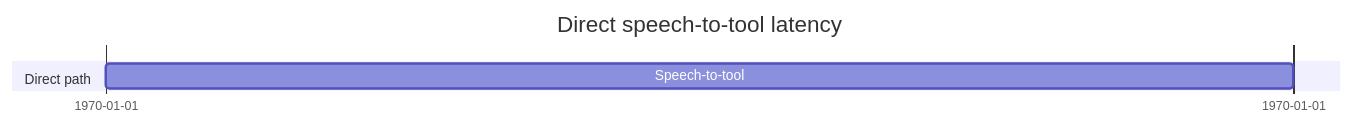
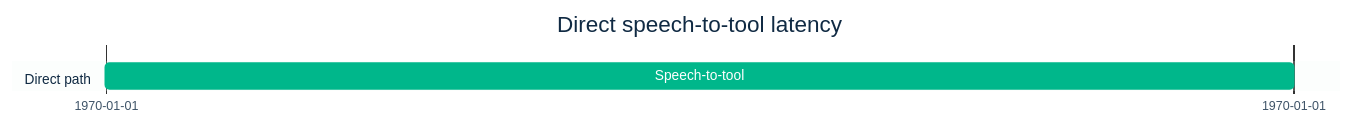
One commit to wild-edge/wildedge-swift changed the first of 2 diagrams in Examples/VoiceRecorderSample/speech_to_tool_benchmark_linkedin_post_with_results.md. Above: the diagram before and after it, drawn with Mermaid. The commit also changed other lines of this file and 11 other files, not shown here.

````diff
--- a/Examples/VoiceRecorderSample/speech_to_tool_benchmark_linkedin_post_with_results.md
+++ b/Examples/VoiceRecorderSample/speech_to_tool_benchmark_linkedin_post_with_results.md
@@ -76,9 +94,9 @@
 ```mermaid
-%%{init: {"themeCSS": ".tick text { display: none; }"}}%%
+%%{init: {"theme": "base", "themeVariables": {"background": "#ffffff", "fontFamily": "Arial, sans-serif", "primaryColor": "#00b78b", "primaryTextColor": "#ffffff", "primaryBorderColor": "#00b78b", "lineColor": "#9fb3c8", "textColor": "#102a43", "taskBkgColor": "#00b78b", "taskTextColor": "#ffffff", "taskBorderColor": "#00b78b", "gridColor": "#f0f4f8", "sectionBkgColor": "#eefaf6", "altSectionBkgColor": "#f7fbfd", "titleColor": "#102a43"}, "themeCSS": ".tick text { display: none; } .grid .tick line { stroke: #f0f4f8; } .task0 { fill: #00b78b !important; stroke: #00b78b !important; } .taskText { fill: #ffffff; font-weight: 700; } .taskTextOutsideRight, .taskTextOutsideLeft { fill: #102a43; font-weight: 700; } .sectionTitle, .titleText { fill: #102a43; font-weight: 700; }"}}%%
 gantt
     title Direct speech-to-tool latency
     dateFormat X
     tickInterval 1second
     section Direct path
     Speech-to-tool :direct, 0, 1s
 ```
````
